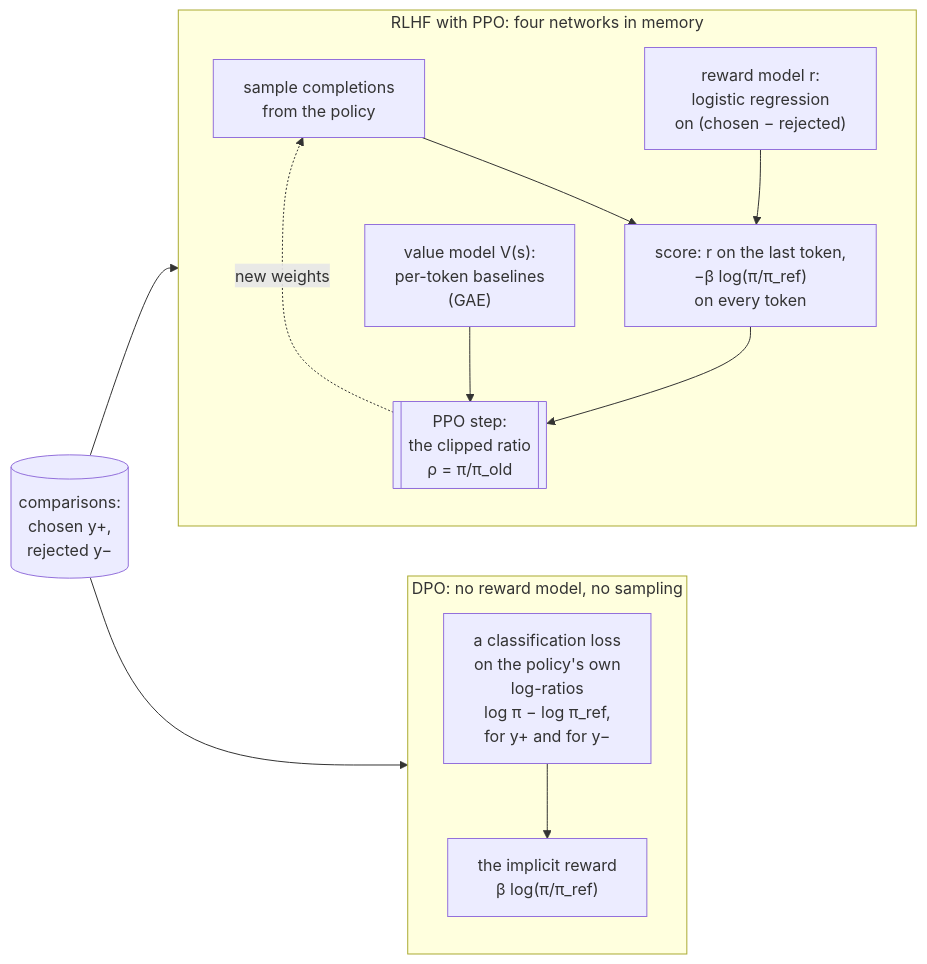
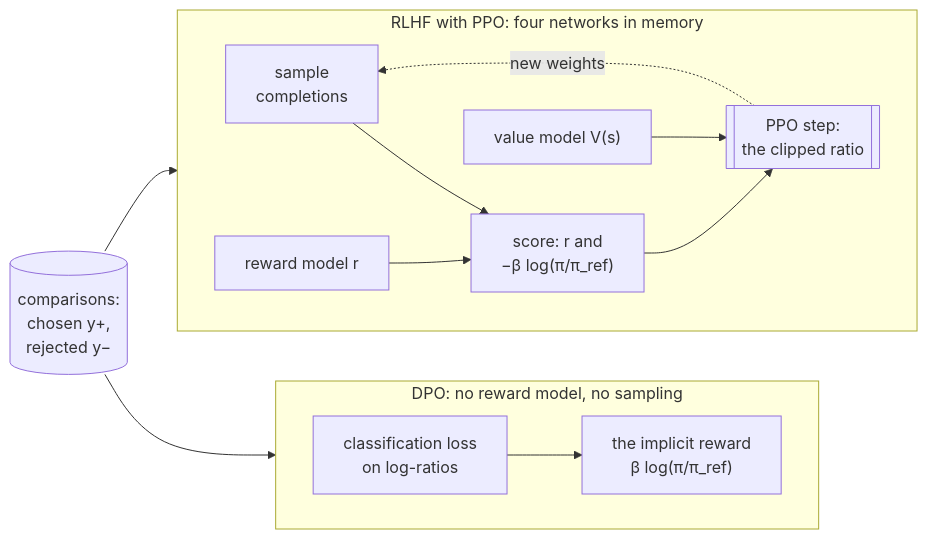
The second of 3 diagrams in 00-foundations/rl-and-thinking-models/PRIMER.md (aniryou/full-stack-agentic-engineer), drawn with Mermaid before and after one commit. The commit also changed other lines of this file and 633 other files, not shown here.

First line of the commit message:
Accessible language and one-screen figures, part 1: every figure fits a screen, the STE second pass over the layers (#53)

````diff
--- a/00-foundations/rl-and-thinking-models/PRIMER.md
+++ b/00-foundations/rl-and-thinking-models/PRIMER.md
@@ -285,25 +285,25 @@
 ```mermaid
 flowchart LR
   P[("comparisons:<br/>chosen y+,<br/>rejected y−")]
   subgraph rlhf ["RLHF with PPO: four networks in memory"]
-    direction TB
-    ENG["sample completions<br/>from the policy"]
-    RM["reward model r:<br/>logistic regression<br/>on (chosen − rejected)"]
-    SC["score: r on the last token,<br/>−β log(π/π_ref)<br/>on every token"]
-    V["value model V(s):<br/>per-token baselines<br/>(GAE)"]
-    PPO[["PPO step:<br/>the clipped ratio<br/>ρ = π/π_old"]]
+    direction LR
+    ENG["sample<br/>completions"]
+    RM["reward model r"]
+    SC["score: r and<br/>−β log(π/π_ref)"]
+    V["value model V(s)"]
+    PPO[["PPO step:<br/>the clipped ratio"]]
     ENG --> SC
     RM --> SC
     SC --> PPO
     V --> PPO
     PPO -.->|"new weights"| ENG
   end
   subgraph dpo ["DPO: no reward model, no sampling"]
-    direction TB
-    L["a classification loss<br/>on the policy's own<br/>log-ratios<br/>log π − log π_ref,<br/>for y+ and for y−"]
+    direction LR
+    L["classification loss<br/>on log-ratios"]
     IR["the implicit reward<br/>β log(π/π_ref)"]
     L --> IR
   end
   P --> rlhf
   P --> dpo
 ```
````
